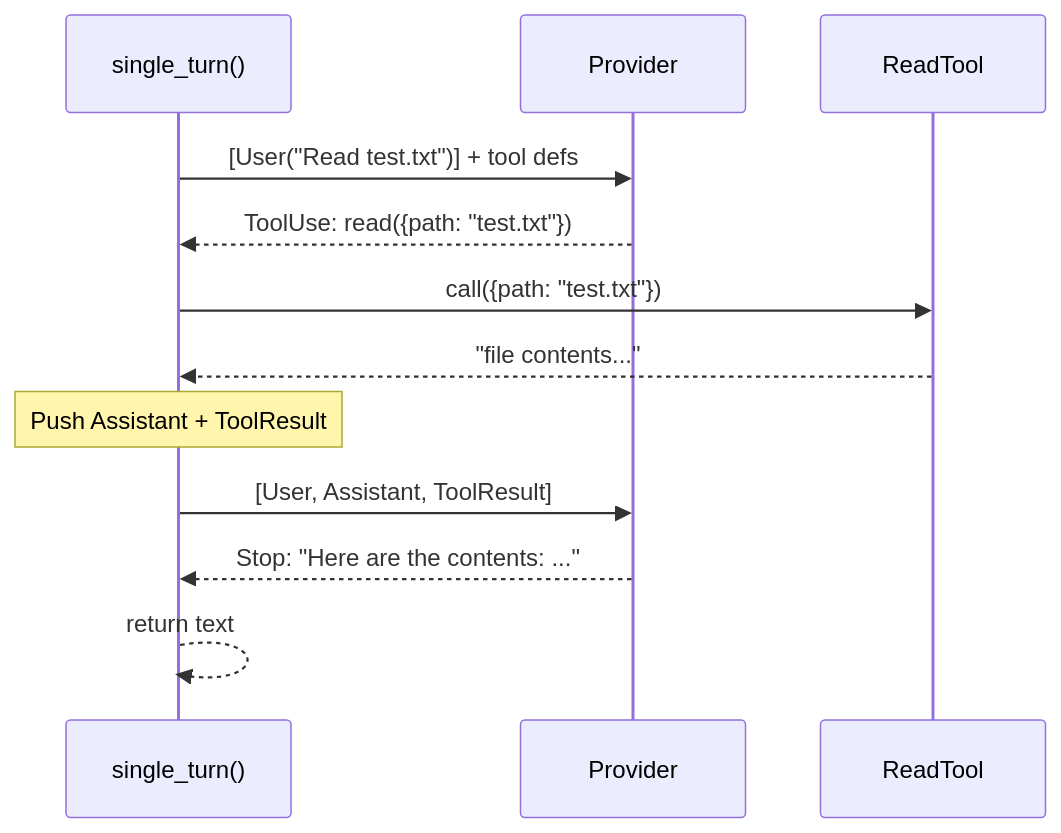
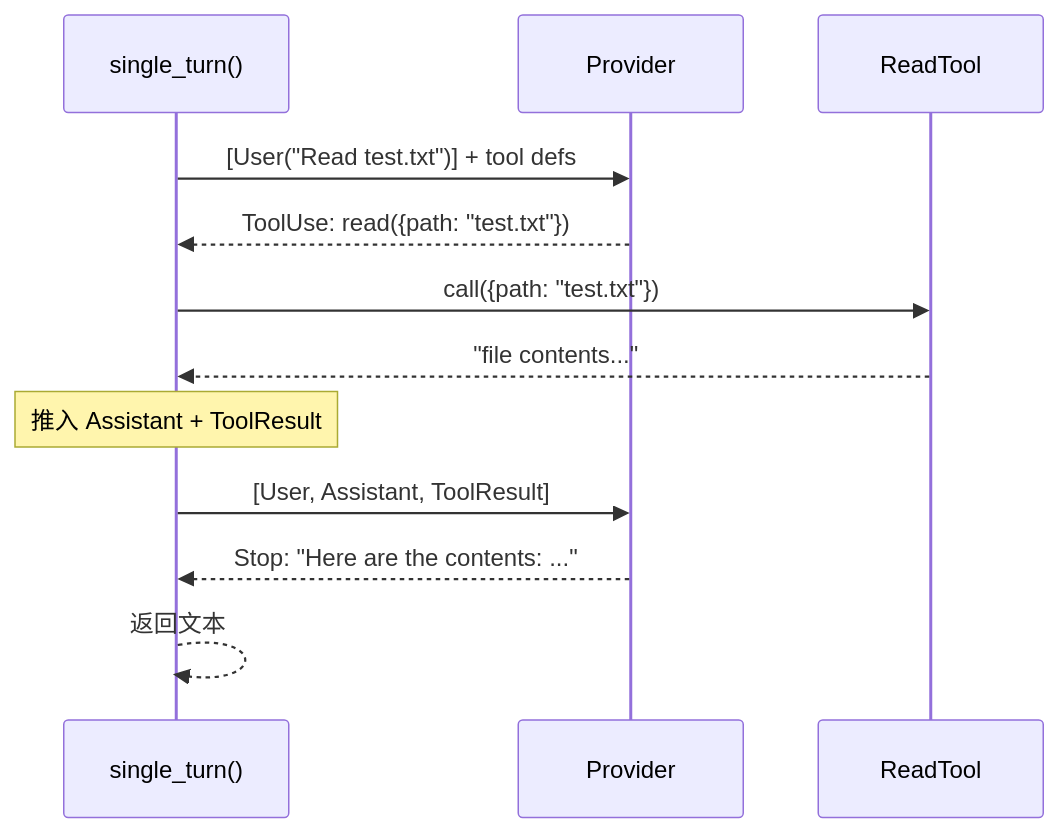
One commit to odysa/mini-code changed the second of 3 diagrams in mini-claw-code-book/zh/ch03-single-turn.md. Above: the diagram before and after it, drawn with Mermaid. The commit also changed other lines of this file and 16 other files, not shown here.

````diff
--- a/mini-claw-code-book/zh/ch03-single-turn.md
+++ b/mini-claw-code-book/zh/ch03-single-turn.md
@@ -166,15 +156,15 @@
 ```mermaid
 sequenceDiagram
     participant ST as single_turn()
     participant P as Provider
     participant T as ReadTool
 
     ST->>P: [User("Read test.txt")] + tool defs
     P-->>ST: ToolUse: read({path: "test.txt"})
     ST->>T: call({path: "test.txt"})
     T-->>ST: "file contents..."
-    Note over ST: Push Assistant + ToolResult
+    Note over ST: 推入 Assistant + ToolResult
     ST->>P: [User, Assistant, ToolResult]
     P-->>ST: Stop: "Here are the contents: ..."
-    ST-->>ST: return text
+    ST-->>ST: 返回文本
 ```
````
